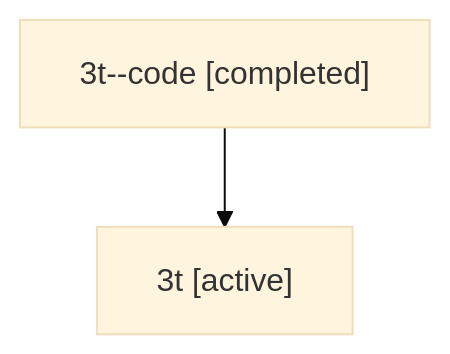
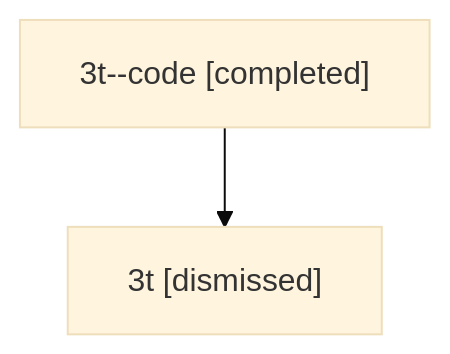
One commit to sase-org/sase--agents changed the diagram in sessions/bbugyi200.athena.3t.md. Above: the diagram before and after it, drawn with Mermaid (base theme). The commit also changed other lines of this file and 57 other files, not shown here.

````diff
--- a/sessions/bbugyi200.athena.3t.md
+++ b/sessions/bbugyi200.athena.3t.md
@@ -9,6 +9,6 @@
 ```mermaid
 flowchart TD
   n0["3t--code [completed]"]
-  n1["3t [active]"]
+  n1["3t [dismissed]"]
   n0 --> n1
 ```
````
